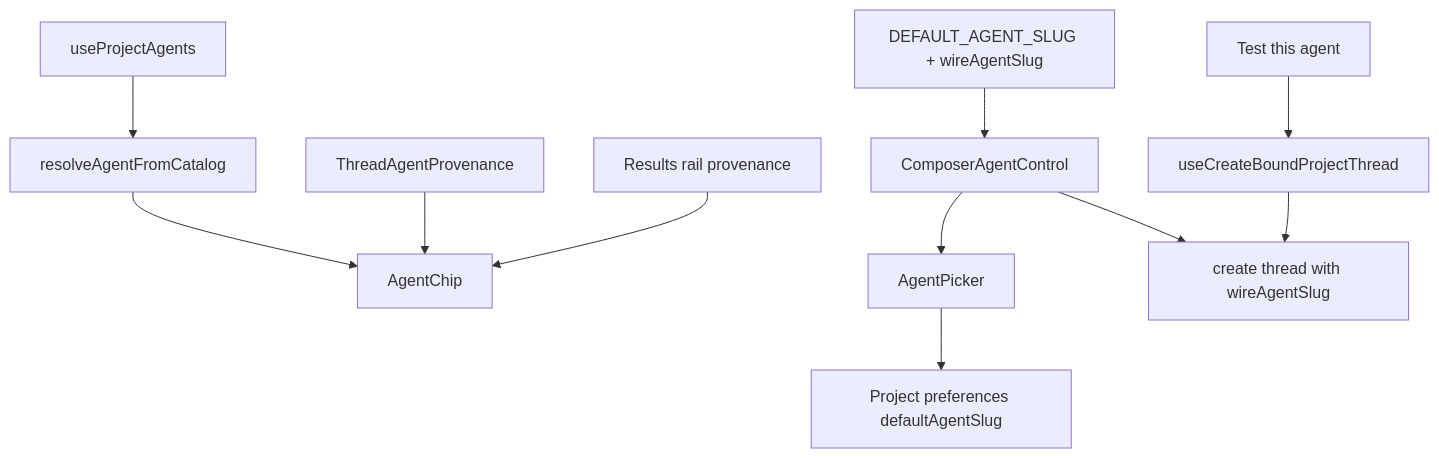
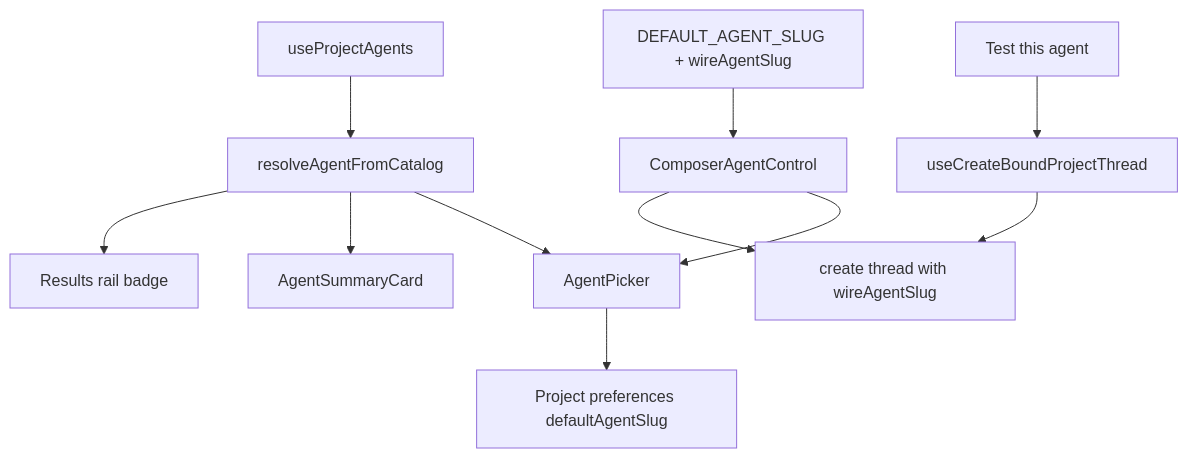
One commit to haowjy/meridian-flow changed the diagram in apps/app/src/features/agents/.context/CONTEXT.md. Above: the diagram before and after it, drawn with Mermaid. The commit also changed other lines of this file and 35 other files, not shown here.

````diff
--- a/apps/app/src/features/agents/.context/CONTEXT.md
+++ b/apps/app/src/features/agents/.context/CONTEXT.md
@@ -61,13 +60,13 @@
 ```mermaid
 flowchart TD
   Catalog[useProjectAgents] --> Resolve[resolveAgentFromCatalog]
   Constants[DEFAULT_AGENT_SLUG + wireAgentSlug] --> Composer[ComposerAgentControl]
-  Resolve --> Chip[AgentChip]
+  Resolve --> Picker[AgentPicker]
+  Resolve --> Summary[AgentSummaryCard]
+  Resolve --> Results[Results rail badge]
   Composer --> Picker[AgentPicker]
   Picker --> Defaults[Project preferences defaultAgentSlug]
   Composer --> ThreadCreate[create thread with wireAgentSlug]
   Library[Test this agent] --> BoundThread[useCreateBoundProjectThread]
   BoundThread --> ThreadCreate
-  Header[ThreadAgentProvenance] --> Chip
-  Results[Results rail provenance] --> Chip
 ```
````
